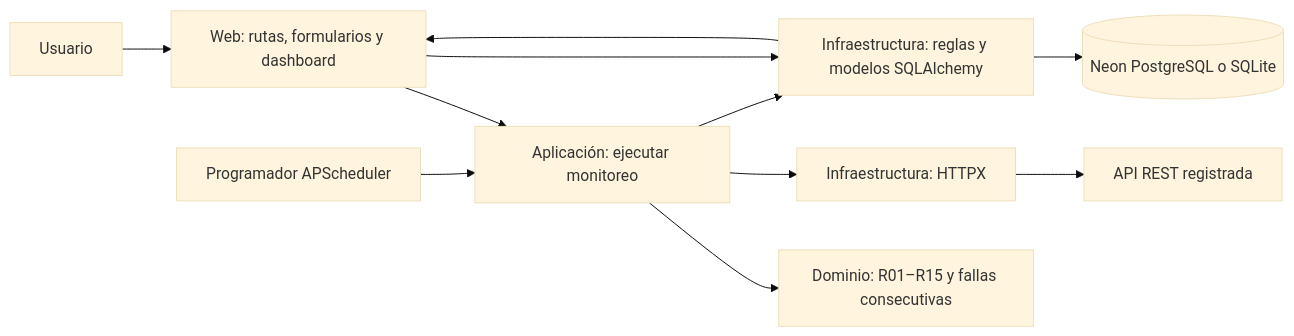
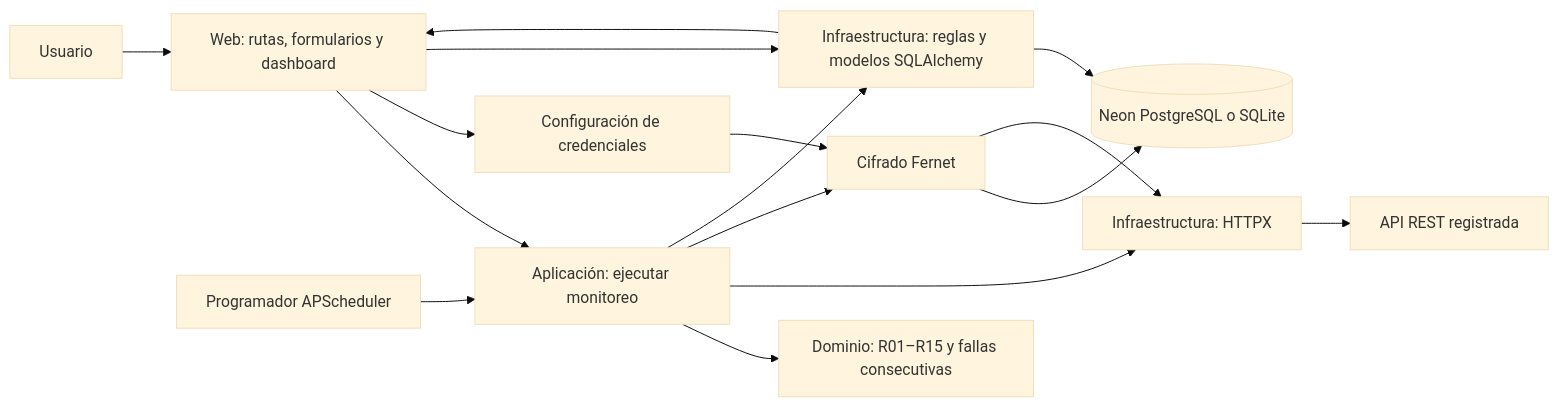
One commit to SebastianGalindo2o26/SE changed the diagram in ARQUITECTURA.md. Above: the diagram before and after it, drawn with Mermaid (base theme). The commit also changed other lines of this file and 22 other files, not shown here.

````diff
--- a/ARQUITECTURA.md
+++ b/ARQUITECTURA.md
@@ -5,13 +5,18 @@
 ```mermaid
 flowchart LR
     U[Usuario] --> W[Web: rutas, formularios y dashboard]
     W --> A[Aplicación: ejecutar monitoreo]
     S[Programador APScheduler] --> A
     A --> D[Dominio: R01–R15 y fallas consecutivas]
     A --> H[Infraestructura: HTTPX]
     H --> T[API REST registrada]
+    W --> C[Configuración de credenciales]
+    C --> E[Cifrado Fernet]
+    E --> DB
+    A --> E
+    E --> H
     A --> K[Infraestructura: reglas y modelos SQLAlchemy]
     K --> DB[(Neon PostgreSQL o SQLite)]
     W --> K
     K --> W
 ```
````
